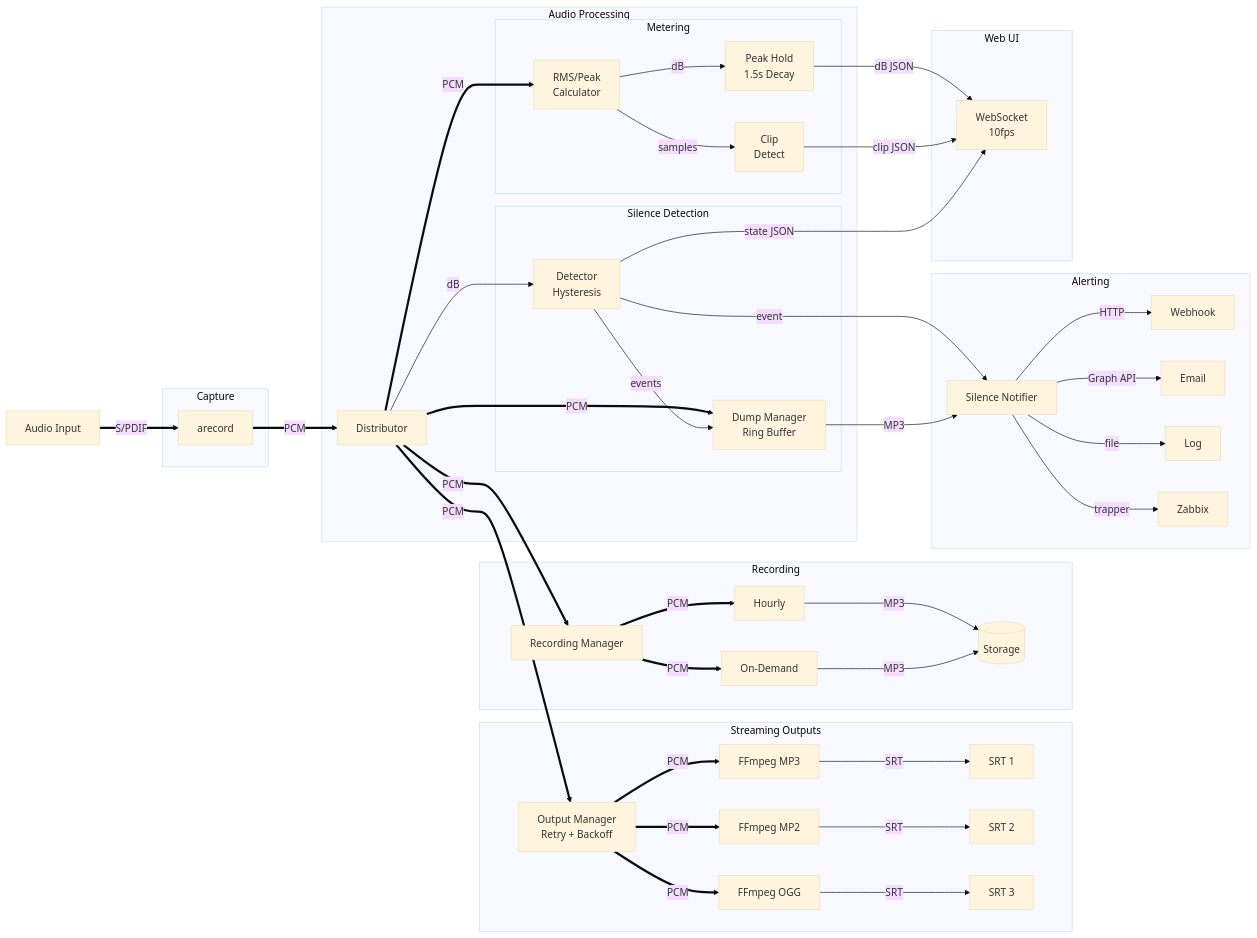
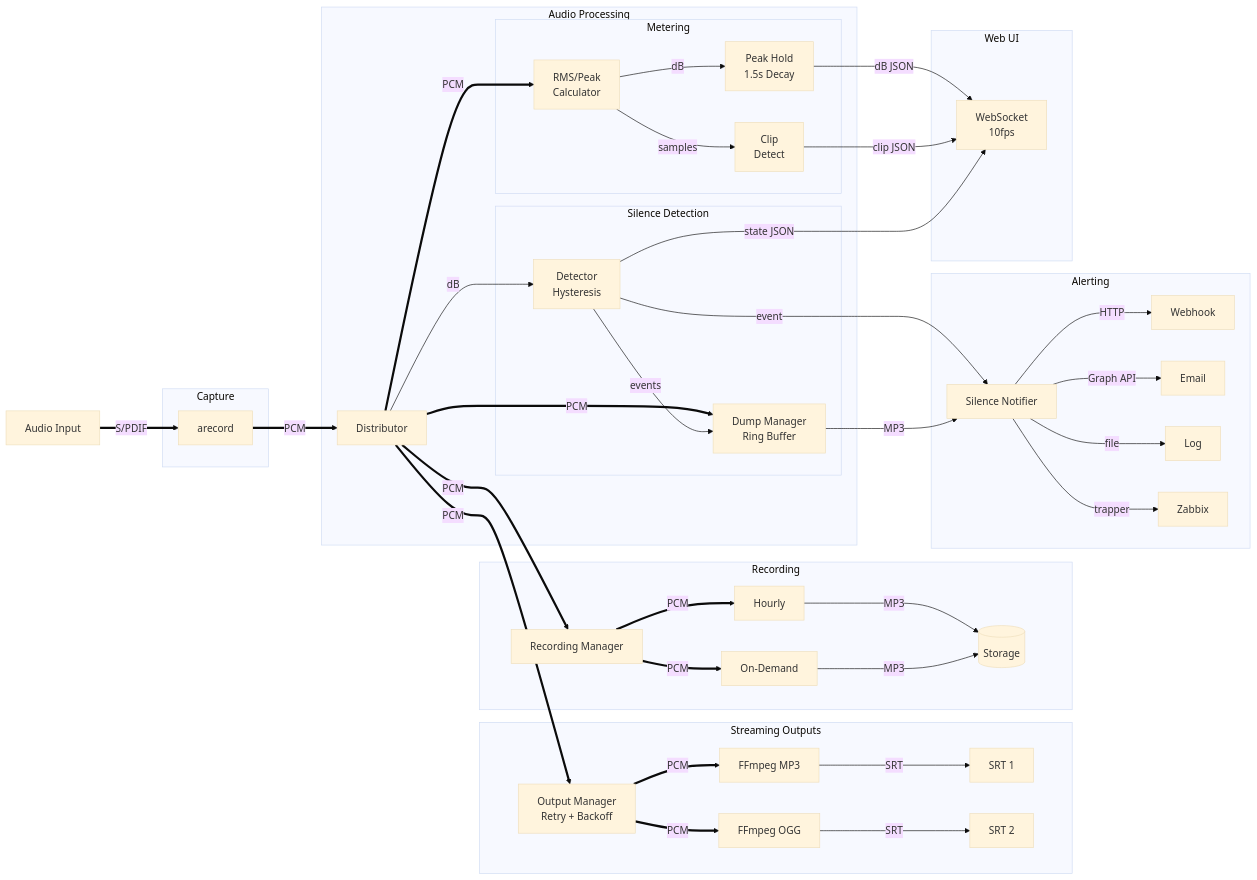
The diagram in README.md (oszuidwest/zwfm-encoder), drawn with Mermaid (base theme) before and after one commit. The commit also changed other lines of this file and 5 other files, not shown here.

```diff
--- a/README.md
+++ b/README.md
@@ -198,11 +197,9 @@
     subgraph Outputs["Streaming Outputs"]
         OM[Output Manager<br>Retry + Backoff]
         F1[FFmpeg MP3]
-        F2[FFmpeg MP2]
-        F3[FFmpeg OGG]
+        F2[FFmpeg OGG]
         S1[SRT 1]
         S2[SRT 2]
-        S3[SRT 3]
     end
 
     subgraph Recording["Recording"]
@@ -251,7 +248,6 @@
     D ==>|PCM| OM
     OM ==>|PCM| F1 -->|SRT| S1
     OM ==>|PCM| F2 -->|SRT| S2
-    OM ==>|PCM| F3 -->|SRT| S3
 
     %% Recording
     D ==>|PCM| RM
```
